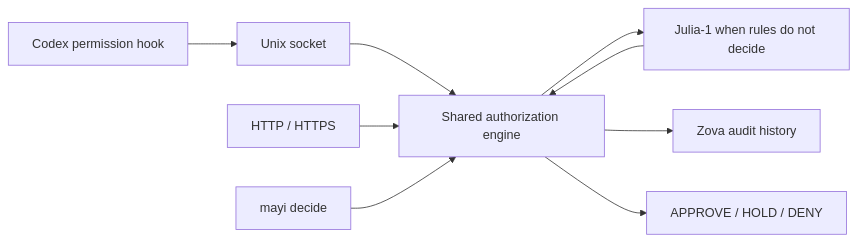
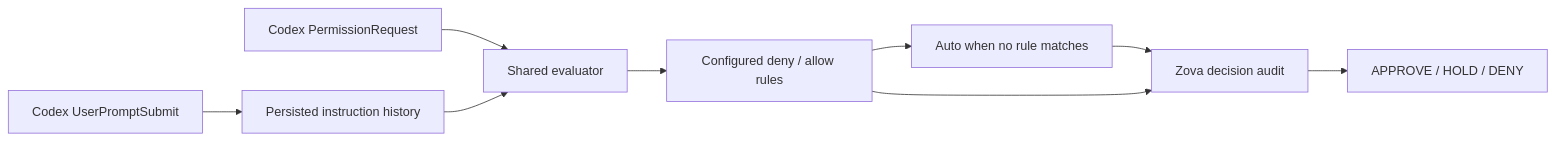
The diagram in README.md (ata-sesli/MayI), drawn with Mermaid before and after one commit. The commit also changed other lines of this file and 36 other files, not shown here.

First line of the commit message:
feat(authorization): use Auto with captured Codex instructions

````diff
--- a/README.md
+++ b/README.md
@@ -72,11 +89,11 @@
 ```mermaid
 flowchart LR
-    Codex["Codex permission hook"] --> Unix["Unix socket"]
-    Unix --> Engine["Shared authorization engine"]
-    HTTP["HTTP / HTTPS"] --> Engine
-    CLI["mayi decide"] --> Engine
-    Engine --> Julia["Julia-1 when rules do not decide"]
-    Julia --> Engine
-    Engine --> Audit["Zova audit history"]
-    Engine --> Result["APPROVE / HOLD / DENY"]
+    Prompt["Codex UserPromptSubmit"] --> Ledger["Persisted instruction history"]
+    Tool["Codex PermissionRequest"] --> Engine["Shared evaluator"]
+    Ledger --> Engine
+    Engine --> Rules["Configured deny / allow rules"]
+    Rules --> Auto["Auto when no rule matches"]
+    Auto --> Audit["Zova decision audit"]
+    Rules --> Audit
+    Audit --> Result["APPROVE / HOLD / DENY"]
 ```
````
